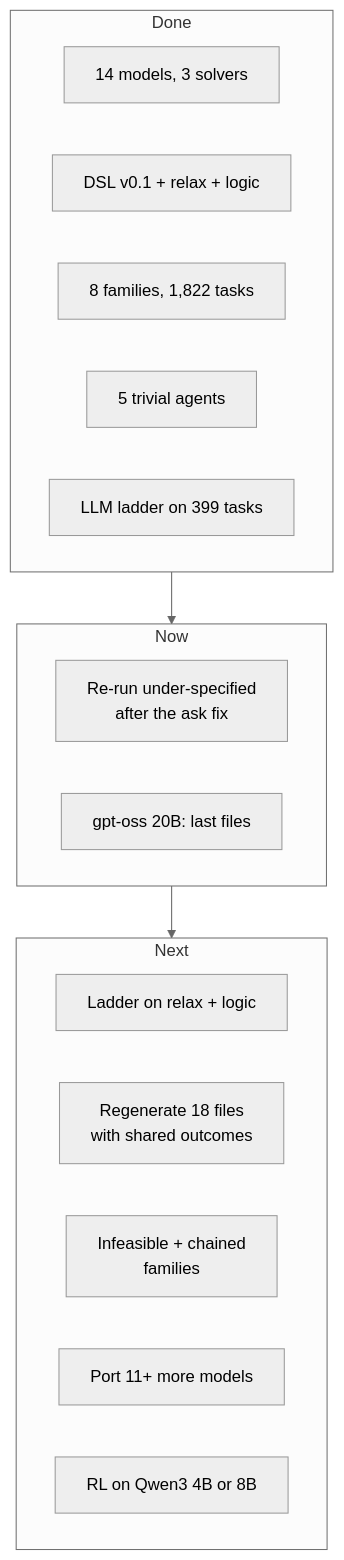
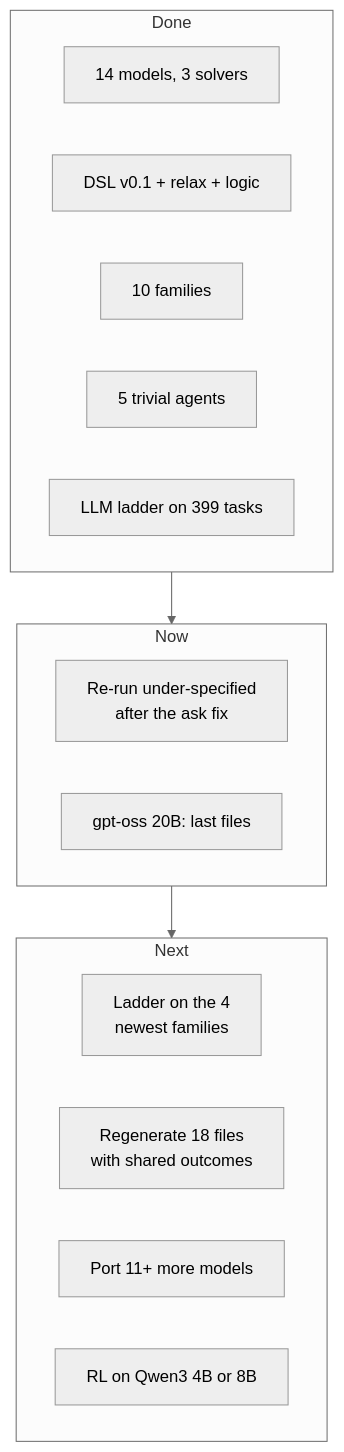
Diagram 11 of 11 in README.md (aptgetnitin/whatifgym), drawn with Mermaid (neutral theme) before and after one commit. The commit also changed other lines of this file and 40 other files, not shown here.

````diff
--- a/README.md
+++ b/README.md
@@ -577,25 +615,24 @@
 ```mermaid
 flowchart TB
     subgraph D["Done"]
         direction LR
         D1["14 models, 3 solvers"]
         D2["DSL v0.1 + relax + logic"]
-        D3["8 families, 1,822 tasks"]
+        D3["10 families"]
         D4["5 trivial agents"]
         D5["LLM ladder on 399 tasks"]
     end
     subgraph N["Now"]
         direction LR
         N1["Re-run under-specified<br/>after the ask fix"]
         N2["gpt-oss 20B: last files"]
     end
     subgraph X["Next"]
         direction LR
-        X1["Ladder on relax + logic"]
+        X1["Ladder on the 4<br/>newest families"]
         X2["Regenerate 18 files<br/>with shared outcomes"]
-        X3["Infeasible + chained<br/>families"]
         X4["Port 11+ more models"]
         X5["RL on Qwen3 4B or 8B"]
     end
     D --> N --> X
 ```
````
